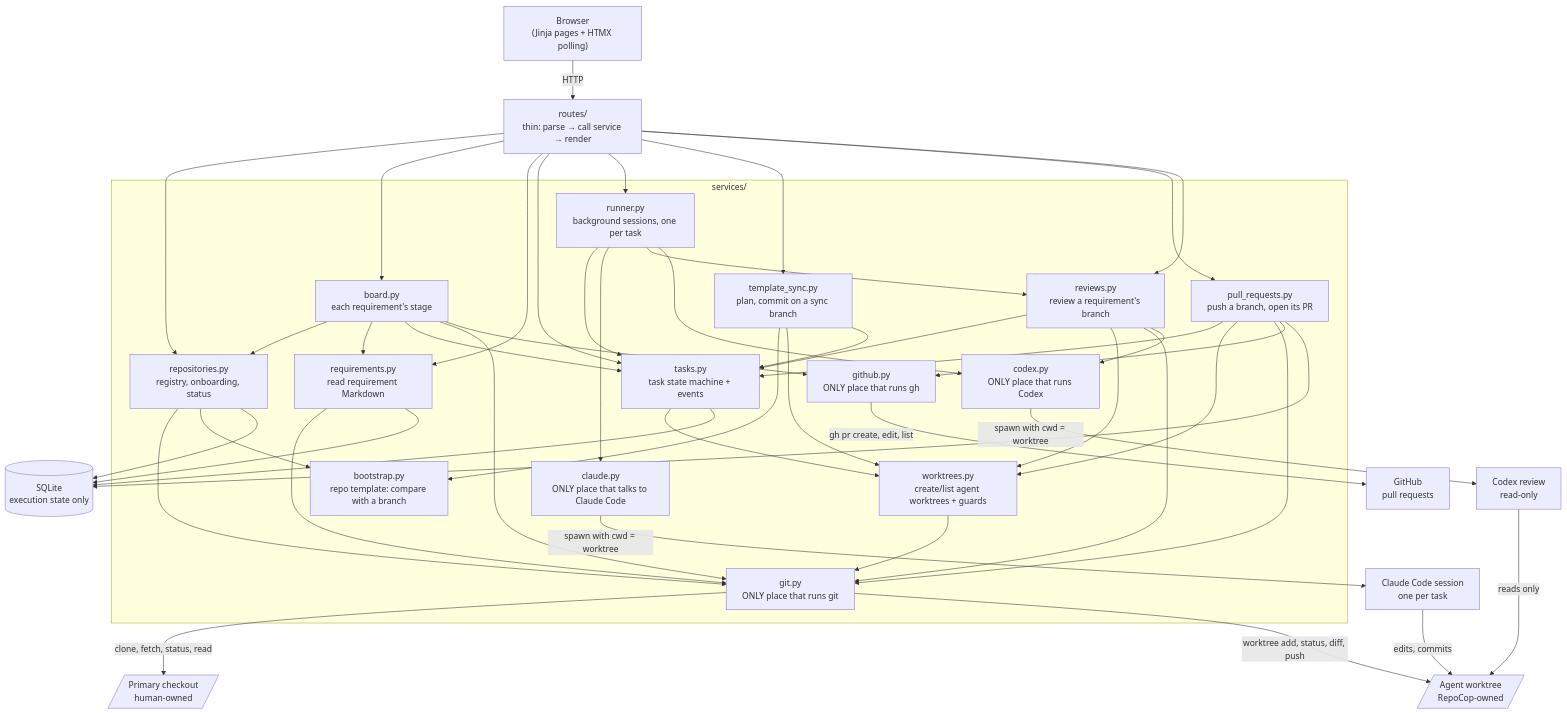
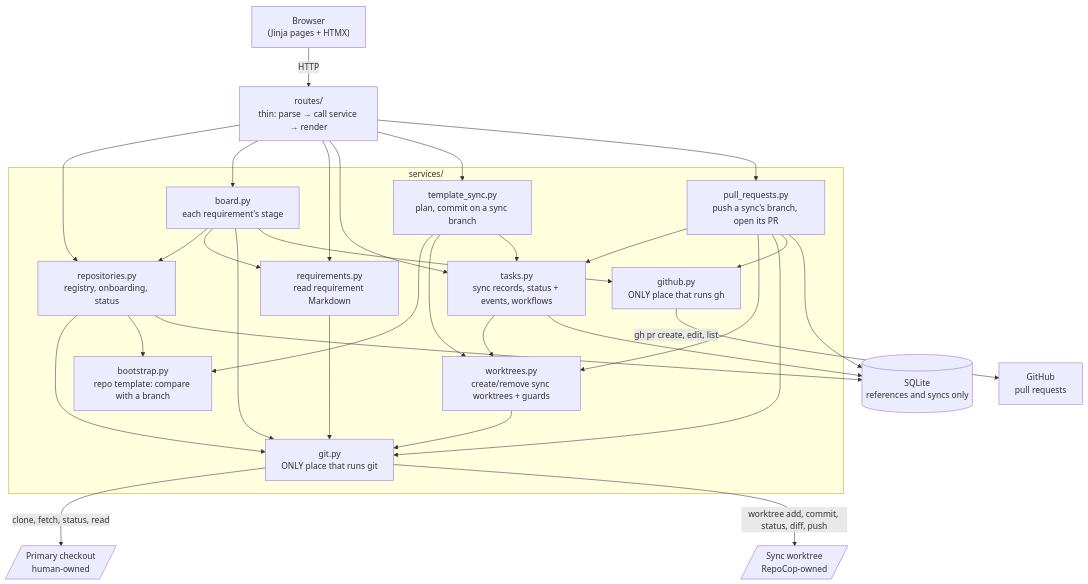
One commit to eliveikis/repocop changed the first of 5 diagrams in specs/architecture.md. Above: the diagram before and after it, drawn with Mermaid. The commit also changed other lines of this file and 101 other files, not shown here.

````diff
--- a/specs/architecture.md
+++ b/specs/architecture.md
@@ -17,50 +17,38 @@
 ```mermaid
 flowchart TD
-    browser["Browser<br/>(Jinja pages + HTMX polling)"]
+    browser["Browser<br/>(Jinja pages + HTMX)"]
     routes["routes/<br/>thin: parse → call service → render"]
 
     subgraph services["services/"]
         repos["repositories.py<br/>registry, onboarding, status"]
         board["board.py<br/>each requirement's stage"]
         sync["template_sync.py<br/>plan, commit on a sync branch"]
         boot["bootstrap.py<br/>repo template: compare with a branch"]
         reqs["requirements.py<br/>read requirement Markdown"]
-        wts["worktrees.py<br/>create/list agent worktrees + guards"]
+        wts["worktrees.py<br/>create/remove sync worktrees + guards"]
         git["git.py<br/>ONLY place that runs git"]
-        tasksvc["tasks.py<br/>task state machine + events"]
-        runner["runner.py<br/>background sessions, one per task"]
-        claude["claude.py<br/>ONLY place that talks to Claude Code"]
-        prs["pull_requests.py<br/>push a branch, open its PR"]
+        tasksvc["tasks.py<br/>sync records, status + events, workflows"]
+        prs["pull_requests.py<br/>push a sync's branch, open its PR"]
         github["github.py<br/>ONLY place that runs gh"]
-        reviews["reviews.py<br/>review a requirement's branch"]
-        codex["codex.py<br/>ONLY place that runs Codex"]
     end
 
-    db[("SQLite<br/>execution state only")]
+    db[("SQLite<br/>references and syncs only")]
     primary[/"Primary checkout<br/>human-owned"/]
-    worktree[/"Agent worktree<br/>RepoCop-owned"/]
-    cc["Claude Code session<br/>one per task"]
-    cx["Codex review<br/>read-only"]
+    worktree[/"Sync worktree<br/>RepoCop-owned"/]
     hub["GitHub<br/>pull requests"]
 
     browser -->|HTTP| routes
-    routes --> repos & board & reqs & tasksvc & runner & sync & prs & reviews
-    board --> repos & reqs & tasksvc & git & github
-    reviews --> tasksvc & wts & git & codex
+    routes --> repos & board & reqs & tasksvc & sync & prs
+    board --> repos & reqs & git & github
     prs --> tasksvc & wts & git & github
     sync --> boot & wts & tasksvc
     tasksvc --> wts
-    runner --> tasksvc & claude & reviews & codex
     repos --> git
     repos --> boot
     reqs --> git
     wts --> git
-    repos & reqs & tasksvc & prs --> db
+    repos & tasksvc & prs --> db
     git -->|"clone, fetch, status, read"| primary
-    git -->|"worktree add, status, diff, push"| worktree
+    git -->|"worktree add, commit, status, diff, push"| worktree
     github -->|"gh pr create, edit, list"| hub
-    claude -->|"spawn with cwd = worktree"| cc
-    cc -->|"edits, commits"| worktree
-    codex -->|"spawn with cwd = worktree"| cx
-    cx -->|"reads only"| worktree
 ```
````
